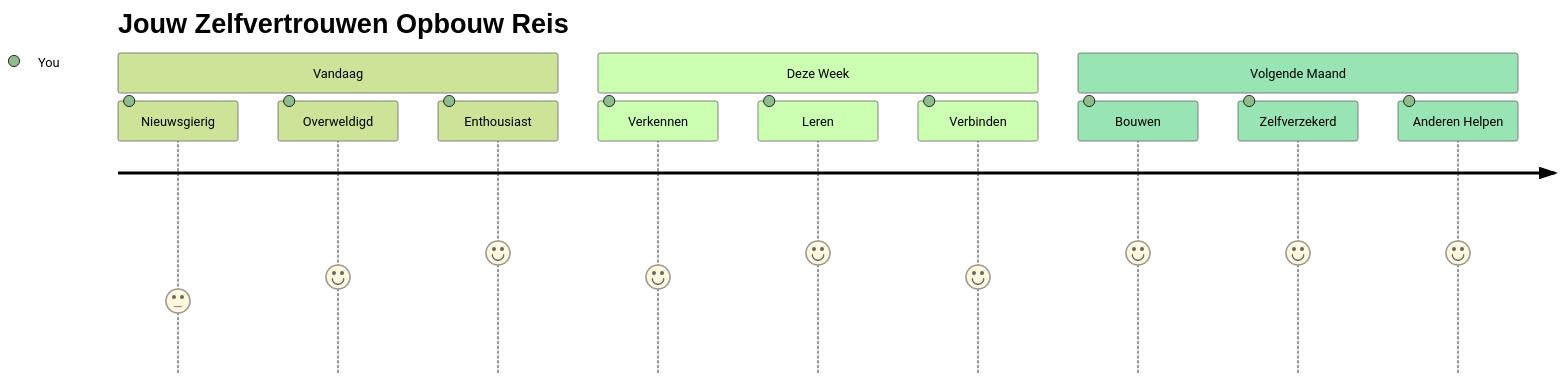
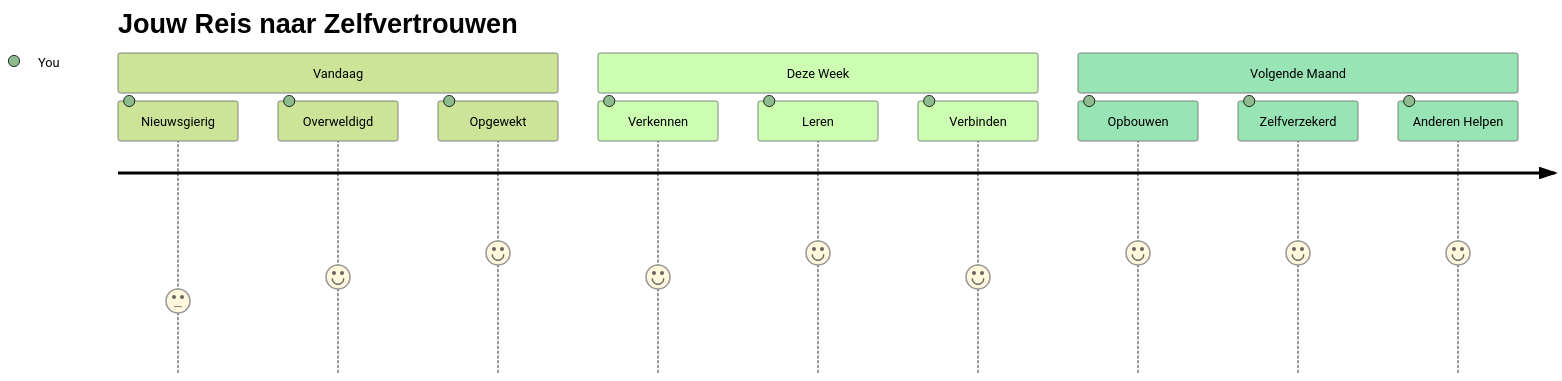
The seventh of 7 diagrams in translations/nl/1-getting-started-lessons/1-intro-to-programming-languages/README.md (microsoft/Web-Dev-For-Beginners), drawn with Mermaid (forest theme) before and after one commit. The commit also changed other lines of this file and 8 other files, not shown here.

````diff
--- a/translations/nl/1-getting-started-lessons/1-intro-to-programming-languages/README.md
+++ b/translations/nl/1-getting-started-lessons/1-intro-to-programming-languages/README.md
@@ -834,16 +833,16 @@
 ```mermaid
 journey
-    title Jouw Zelfvertrouwen Opbouw Reis
+    title Jouw Reis naar Zelfvertrouwen
     section Vandaag
       Nieuwsgierig: 3: You
       Overweldigd: 4: You
-      Enthousiast: 5: You
+      Opgewekt: 5: You
     section Deze Week
       Verkennen: 4: You
       Leren: 5: You
       Verbinden: 4: You
     section Volgende Maand
-      Bouwen: 5: You
+      Opbouwen: 5: You
       Zelfverzekerd: 5: You
       Anderen Helpen: 5: You
 ```
````
